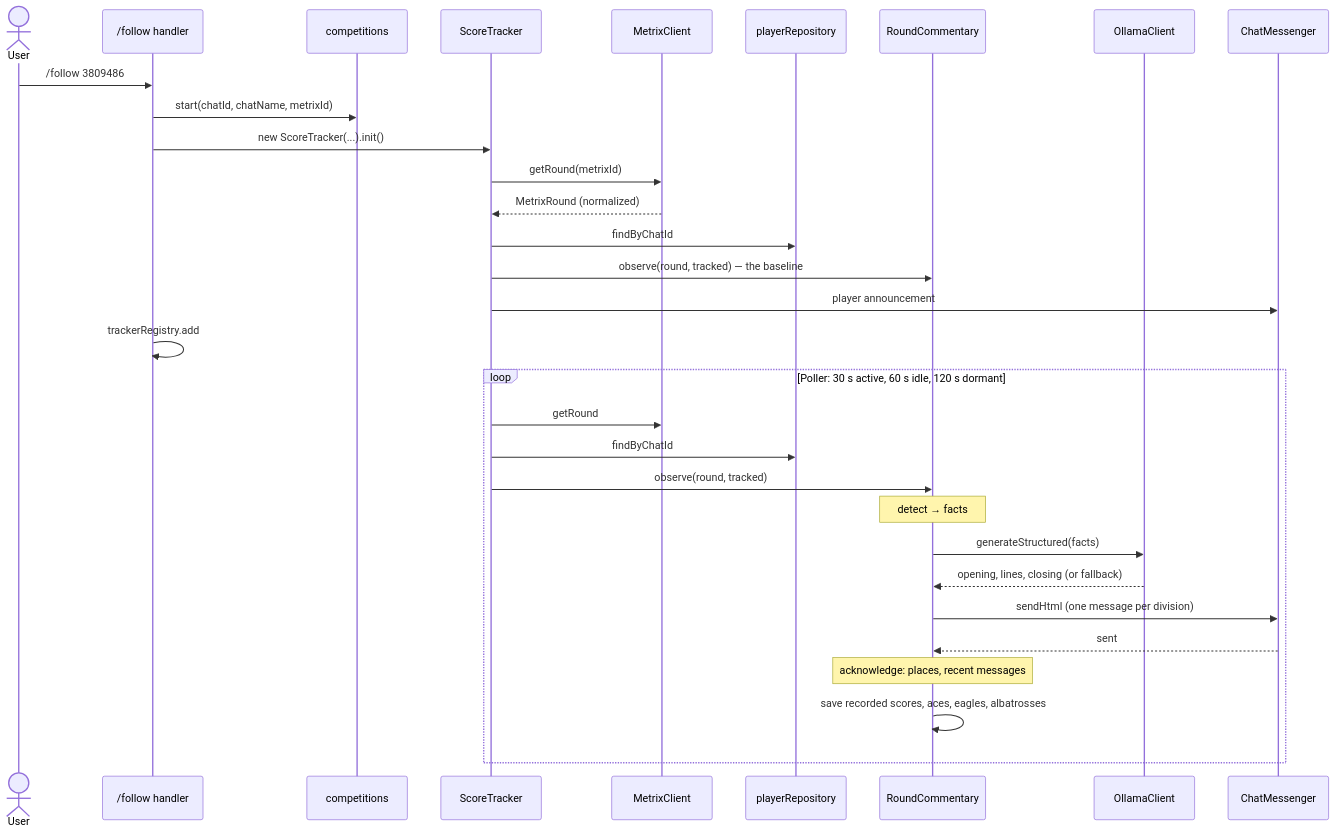
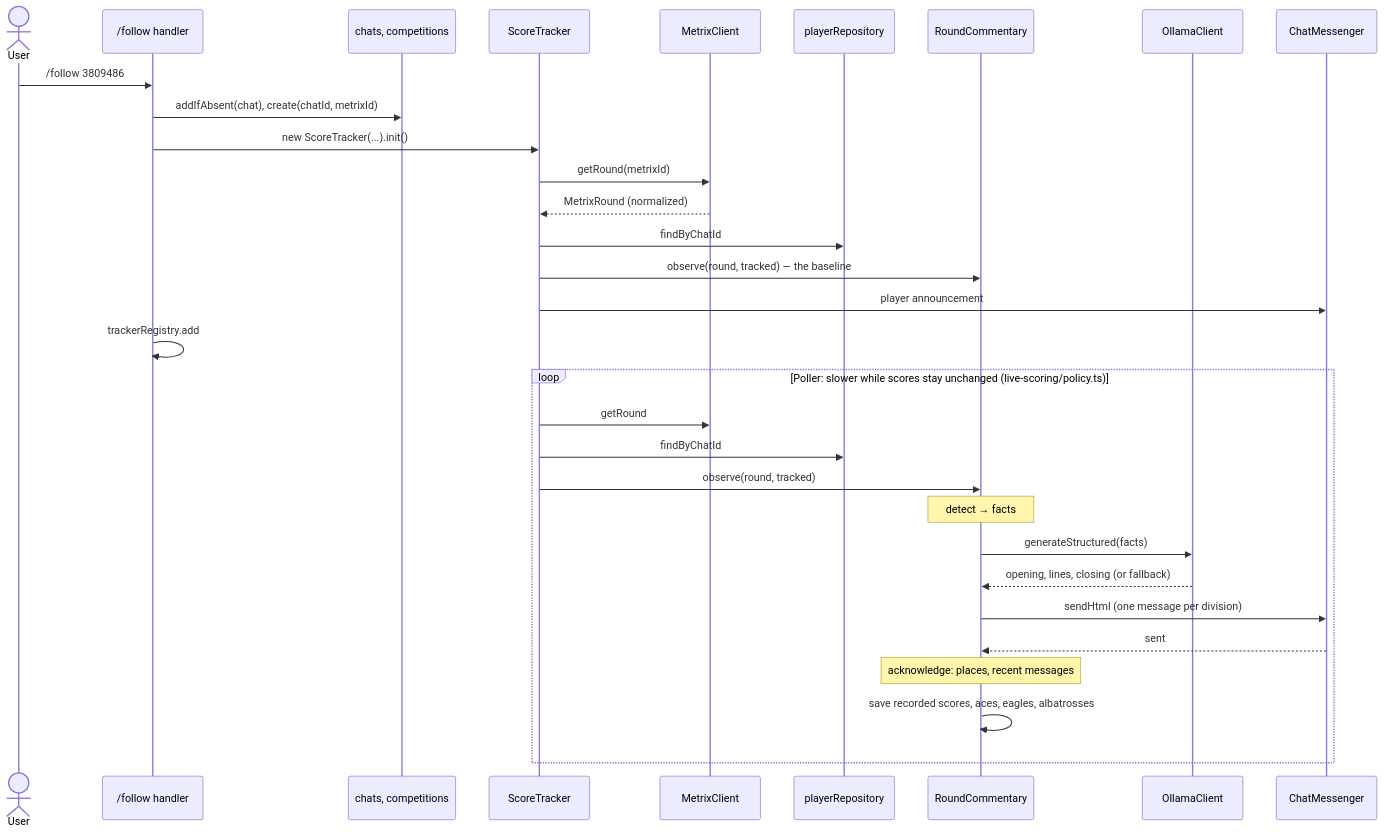
Before and after one commit to saarinenvh/sakariheitaja: the first of 2 diagrams in docs/architecture/live-scoring.md, drawn with Mermaid. The commit also changed 65 other files, not shown here.

````diff
--- a/docs/architecture/live-scoring.md
+++ b/docs/architecture/live-scoring.md
@@ -10,35 +10,35 @@
 ```mermaid
 sequenceDiagram
     actor User
     participant Cmd as /follow handler
-    participant Comp as competitions
+    participant Comp as chats, competitions
     participant Tracker as ScoreTracker
     participant Metrix as MetrixClient
     participant Players as playerRepository
     participant Commentary as RoundCommentary
     participant Ollama as OllamaClient
     participant Messenger as ChatMessenger
 
     User->>Cmd: /follow 3809486
-    Cmd->>Comp: start(chatId, chatName, metrixId)
+    Cmd->>Comp: addIfAbsent(chat), create(chatId, metrixId)
     Cmd->>Tracker: new ScoreTracker(...).init()
     Tracker->>Metrix: getRound(metrixId)
     Metrix-->>Tracker: MetrixRound (normalized)
     Tracker->>Players: findByChatId
     Tracker->>Commentary: observe(round, tracked) — the baseline
     Tracker->>Messenger: player announcement
     Cmd->>Cmd: trackerRegistry.add
 
-    loop Poller: 30 s active, 60 s idle, 120 s dormant
+    loop Poller: slower while scores stay unchanged (live-scoring/policy.ts)
         Tracker->>Metrix: getRound
         Tracker->>Players: findByChatId
         Tracker->>Commentary: observe(round, tracked)
         Note over Commentary: detect → facts
         Commentary->>Ollama: generateStructured(facts)
         Ollama-->>Commentary: opening, lines, closing (or fallback)
         Commentary->>Messenger: sendHtml (one message per division)
         Messenger-->>Commentary: sent
         Note over Commentary: acknowledge: places, recent messages
         Commentary->>Commentary: save recorded scores, aces, eagles, albatrosses
     end
 ```
````
